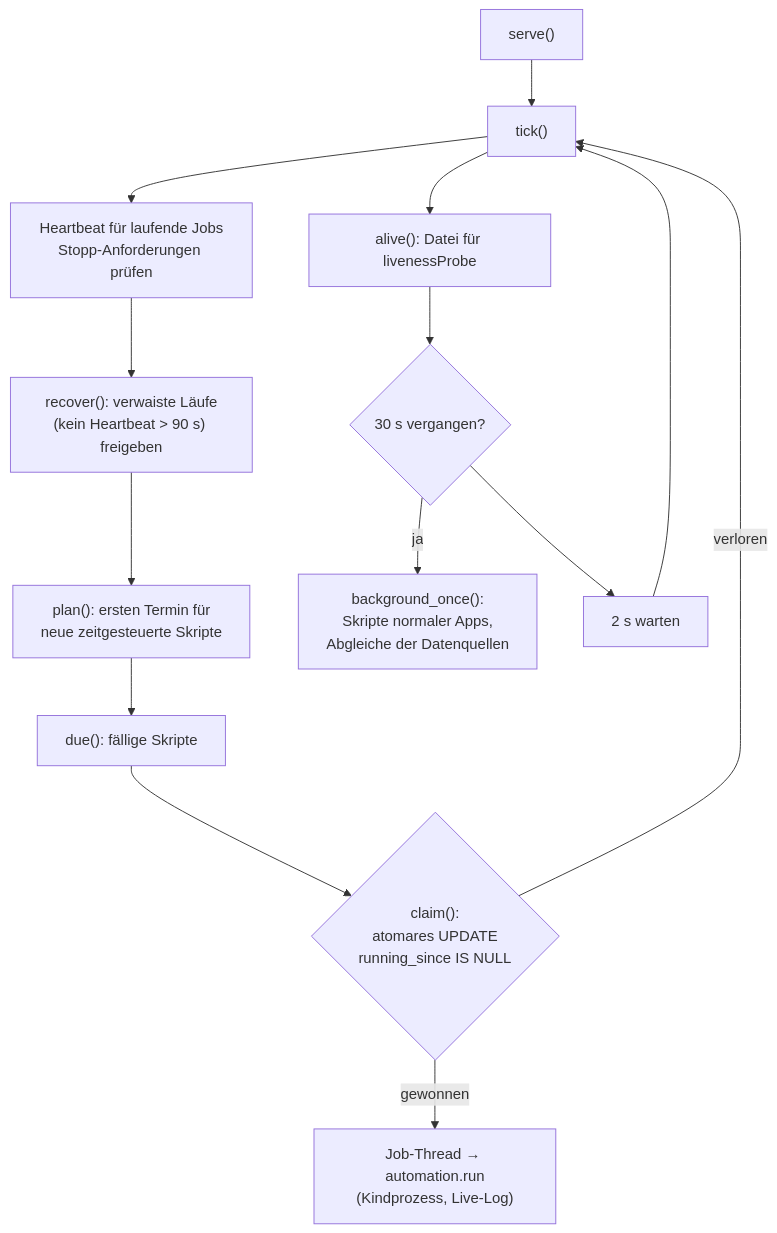
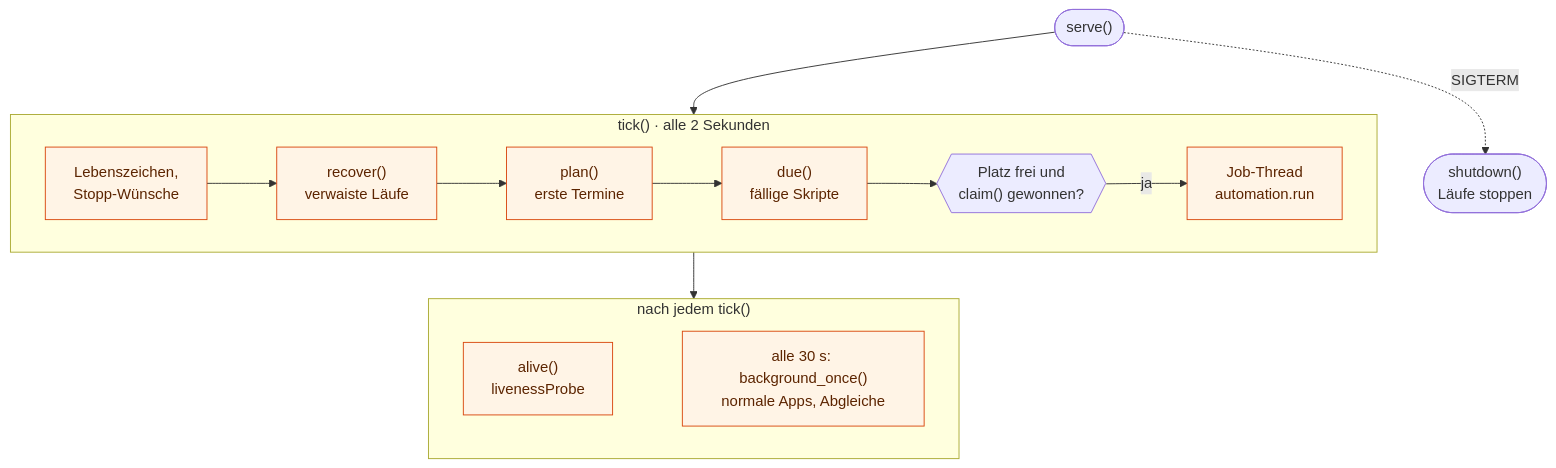
The ninth of 15 diagrams in docs/TECHNISCHE_DOKUMENTATION.md (Turksat46/Baukasten), drawn with Mermaid before and after one commit. The commit also changed other lines of this file, not shown here.

Commit message:
Technische Dokumentation: Inhalt gegen den Code geprüft, Diagramme neu gestaltet

````diff
--- a/docs/TECHNISCHE_DOKUMENTATION.md
+++ b/docs/TECHNISCHE_DOKUMENTATION.md
@@ -449,15 +556,20 @@
 ```mermaid
-flowchart TD
-    S["serve()"] --> T["tick()"]
-    T --> HB["Heartbeat für laufende Jobs<br/>Stopp-Anforderungen prüfen"]
-    HB --> RC["recover(): verwaiste Läufe<br/>(kein Heartbeat > 90 s) freigeben"]
-    RC --> PL["plan(): ersten Termin für<br/>neue zeitgesteuerte Skripte"]
-    PL --> DU["due(): fällige Skripte"]
-    DU --> CL{"claim():<br/>atomares UPDATE<br/>running_since IS NULL"}
-    CL -- gewonnen --> JOB["Job-Thread → automation.run<br/>(Kindprozess, Live-Log)"]
-    CL -- verloren --> T
-    T --> AL["alive(): Datei für livenessProbe"]
-    AL --> LG{"30 s vergangen?"}
-    LG -- ja --> LEG["background_once():<br/>Skripte normaler Apps,<br/>Abgleiche der Datenquellen"]
-    LG --> W["2 s warten"] --> T
+flowchart TB
+    S(["serve()"]) --> Tick
+    S -. SIGTERM .-> END(["shutdown()<br/>Läufe stoppen"])
+
+    subgraph Tick["tick() · alle 2 Sekunden"]
+        direction LR
+        HB["Lebenszeichen,<br/>Stopp-Wünsche"] --> RC["recover()<br/>verwaiste Läufe"] --> PL["plan()<br/>erste Termine"] --> DU["due()<br/>fällige Skripte"] --> CL{{"Platz frei und<br/>claim() gewonnen?"}} -- ja --> JOB["Job-Thread<br/>automation.run"]
+    end
+
+    subgraph Danach["nach jedem tick()"]
+        direction LR
+        AL["alive()<br/>livenessProbe"] ~~~ BG["alle 30 s: background_once()<br/>normale Apps, Abgleiche"]
+    end
+
+    Tick --> Danach
+
+    classDef worker fill:#fff4e6,stroke:#d9480f,color:#5c2400
+    class HB,RC,PL,DU,JOB,AL,BG worker
 ```
````
